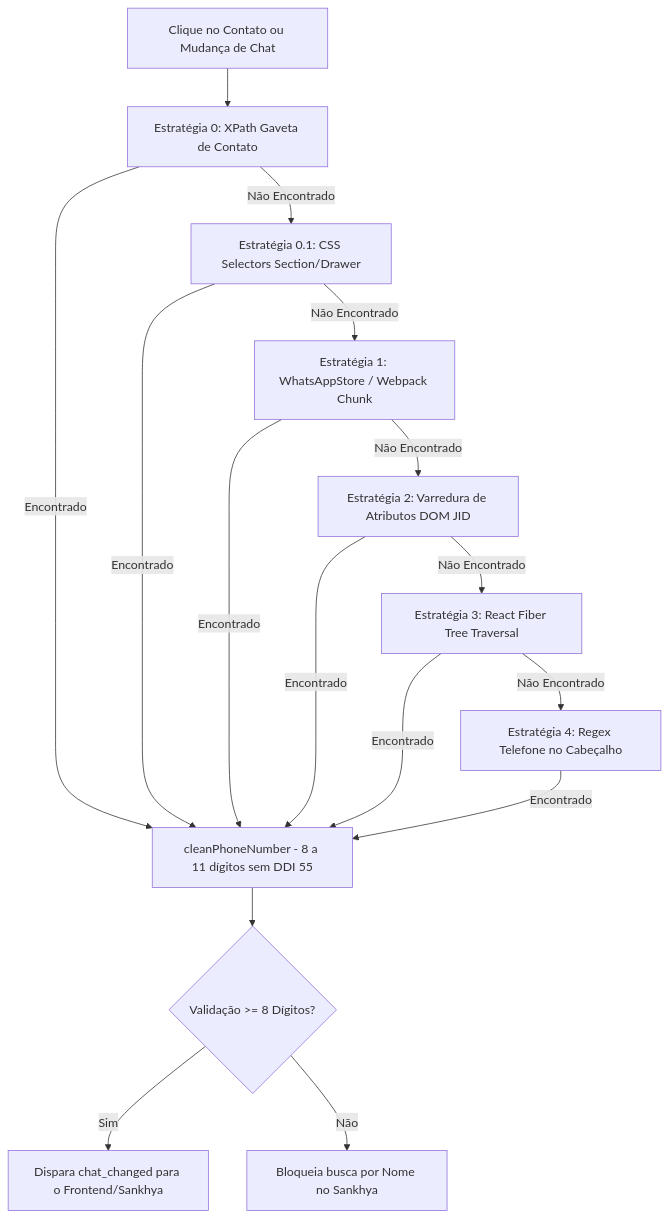
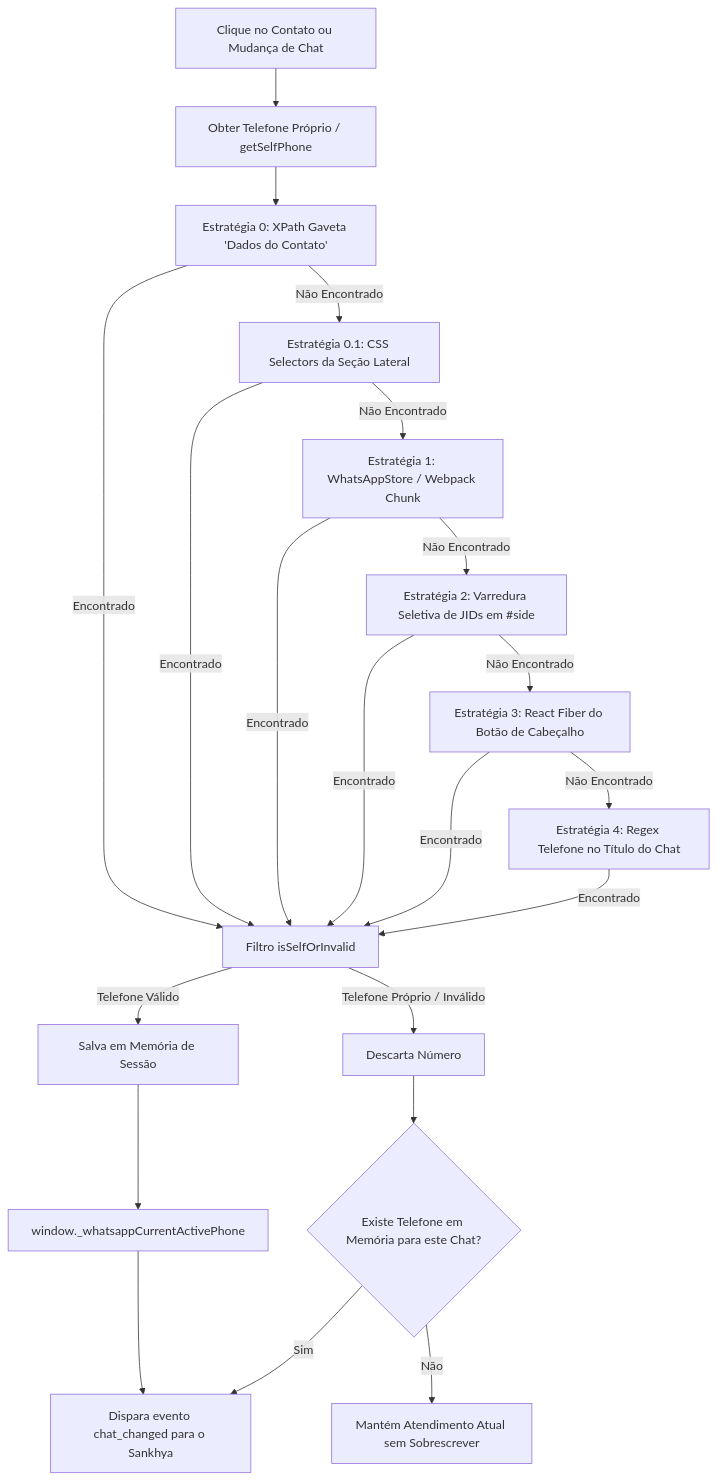
One commit to Antonybarbosa/Financeiro-Sankhya changed the diagram in docs/EXTRACAO_TELEFONE_WHATSAPP.md. Above: the diagram before and after it, drawn with Mermaid. The commit also changed other lines of this file, not shown here.

Commit message:
docs: documentar blindagem de usuario, retencao de telefone e estabilizacao do campo de busca

````diff
--- a/docs/EXTRACAO_TELEFONE_WHATSAPP.md
+++ b/docs/EXTRACAO_TELEFONE_WHATSAPP.md
@@ -17,20 +21,27 @@
 ```mermaid
 flowchart TD
-    A[Clique no Contato ou Mudança de Chat] --> B[Estratégia 0: XPath Gaveta de Contato]
-    B -- Não Encontrado --> C[Estratégia 0.1: CSS Selectors Section/Drawer]
-    C -- Não Encontrado --> D[Estratégia 1: WhatsAppStore / Webpack Chunk]
-    D -- Não Encontrado --> E[Estratégia 2: Varredura de Atributos DOM JID]
-    E -- Não Encontrado --> F[Estratégia 3: React Fiber Tree Traversal]
-    F -- Não Encontrado --> G[Estratégia 4: Regex Telefone no Cabeçalho]
+    A[Clique no Contato ou Mudança de Chat] --> B[Obter Telefone Próprio / getSelfPhone]
+    B --> C[Estratégia 0: XPath Gaveta 'Dados do Contato']
+    C -- Não Encontrado --> D[Estratégia 0.1: CSS Selectors da Seção Lateral]
+    D -- Não Encontrado --> E[Estratégia 1: WhatsAppStore / Webpack Chunk]
+    E -- Não Encontrado --> F[Estratégia 2: Varredura Seletiva de JIDs em #side]
+    F -- Não Encontrado --> G[Estratégia 3: React Fiber do Botão de Cabeçalho]
+    G -- Não Encontrado --> H[Estratégia 4: Regex Telefone no Título do Chat]
     
-    B -- Encontrado --> H[cleanPhoneNumber - 8 a 11 dígitos sem DDI 55]
-    C -- Encontrado --> H
-    D -- Encontrado --> H
-    E -- Encontrado --> H
-    F -- Encontrado --> H
-    G -- Encontrado --> H
+    C -- Encontrado --> I[Filtro isSelfOrInvalid]
+    D -- Encontrado --> I
+    E -- Encontrado --> I
+    F -- Encontrado --> I
+    G -- Encontrado --> I
+    H -- Encontrado --> I
+
+    I -- Telefone Próprio / Inválido --> J[Descarta Número]
+    I -- Telefone Válido --> K[Salva em Memória de Sessão]
     
-    H --> I{Validação >= 8 Dígitos?}
-    I -- Sim --> J[Dispara chat_changed para o Frontend/Sankhya]
-    I -- Não --> K[Bloqueia busca por Nome no Sankhya]
+    K --> L[window._whatsappCurrentActivePhone]
+    L --> M[Dispara evento chat_changed para o Sankhya]
+    
+    J --> N{Existe Telefone em Memória para este Chat?}
+    N -- Sim --> M
+    N -- Não --> O[Mantém Atendimento Atual sem Sobrescrever]
 ```
````
